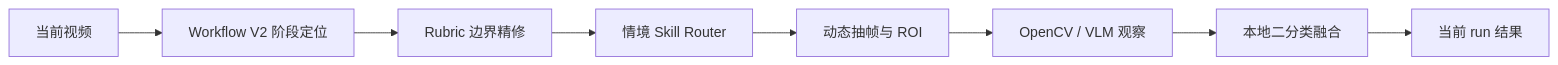
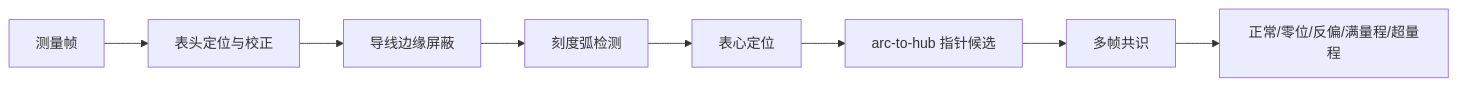
The seventh of 11 diagrams in agent/README.md (s3315318150-crypto/resistance-video-action-gating), drawn with Mermaid before and after one commit. The commit also changed other lines of this file and 1 other file, not shown here.

````diff
--- a/agent/README.md
+++ b/agent/README.md
@@ -17,10 +214,10 @@
 ```mermaid
 flowchart LR
-    A[当前视频] --> B[Workflow V2 阶段定位]
-    B --> C[Rubric 边界精修]
-    C --> D[情境 Skill Router]
-    D --> E[动态抽帧与 ROI]
-    E --> F[OpenCV / VLM 观察]
-    F --> G[本地二分类融合]
-    G --> H[当前 run 结果]
+    A[测量帧] --> B[表头定位与校正]
+    B --> C[导线边缘屏蔽]
+    C --> D[刻度弧检测]
+    D --> E[表心定位]
+    E --> F[arc-to-hub 指针候选]
+    F --> G[多帧共识]
+    G --> H[正常/零位/反偏/满量程/超量程]
 ```
````
